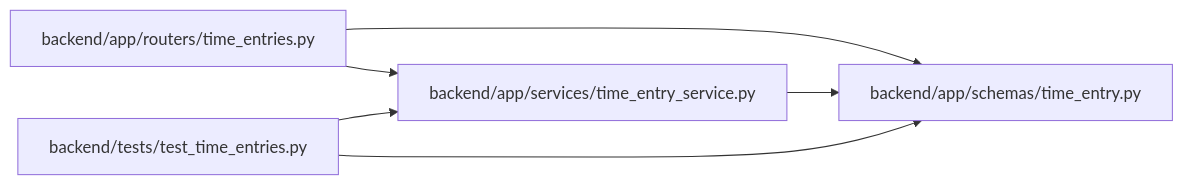
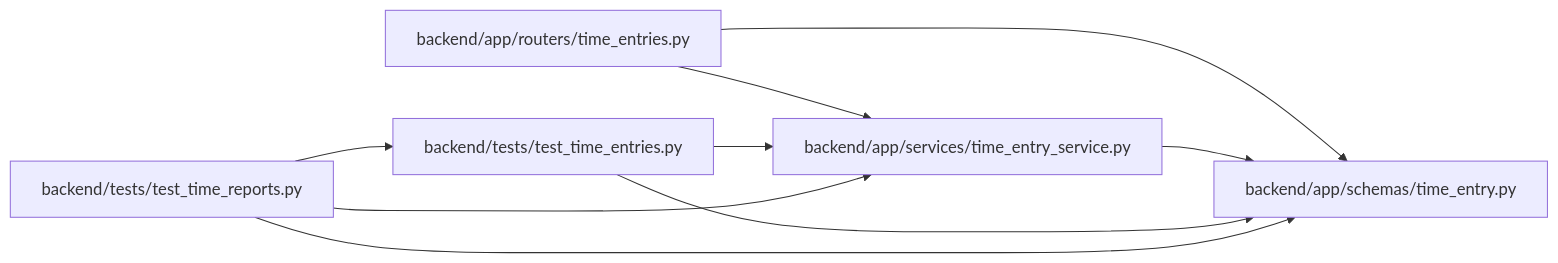
Before and after one commit to Denissvgn/WorkChord: the diagram in docs/llm_wiki/modules/schemas_time_entry.md, drawn with Mermaid. The commit also changed other lines of this file and 10148 other files, not shown here.

````diff
--- a/docs/llm_wiki/modules/schemas_time_entry.md
+++ b/docs/llm_wiki/modules/schemas_time_entry.md
@@ -23,16 +23,21 @@
 ```mermaid
 flowchart LR
     n0["backend/app/routers/time_entries.py"]
     n1["backend/app/schemas/time_entry.py"]
     n2["backend/app/services/time_entry_service.py"]
     n3["backend/tests/test_time_entries.py"]
+    n4["backend/tests/test_time_reports.py"]
     n0 --> n1
     n0 --> n2
     n2 --> n1
     n3 --> n1
     n3 --> n2
+    n4 --> n1
+    n4 --> n2
+    n4 --> n3
     click n0 "../modules/time_entries.md"
     click n1 "../modules/schemas_time_entry.md"
     click n2 "../modules/time_entry_service.md"
     click n3 "../modules/test_time_entries.md"
+    click n4 "../modules/test_time_reports.md"
 ```
````
